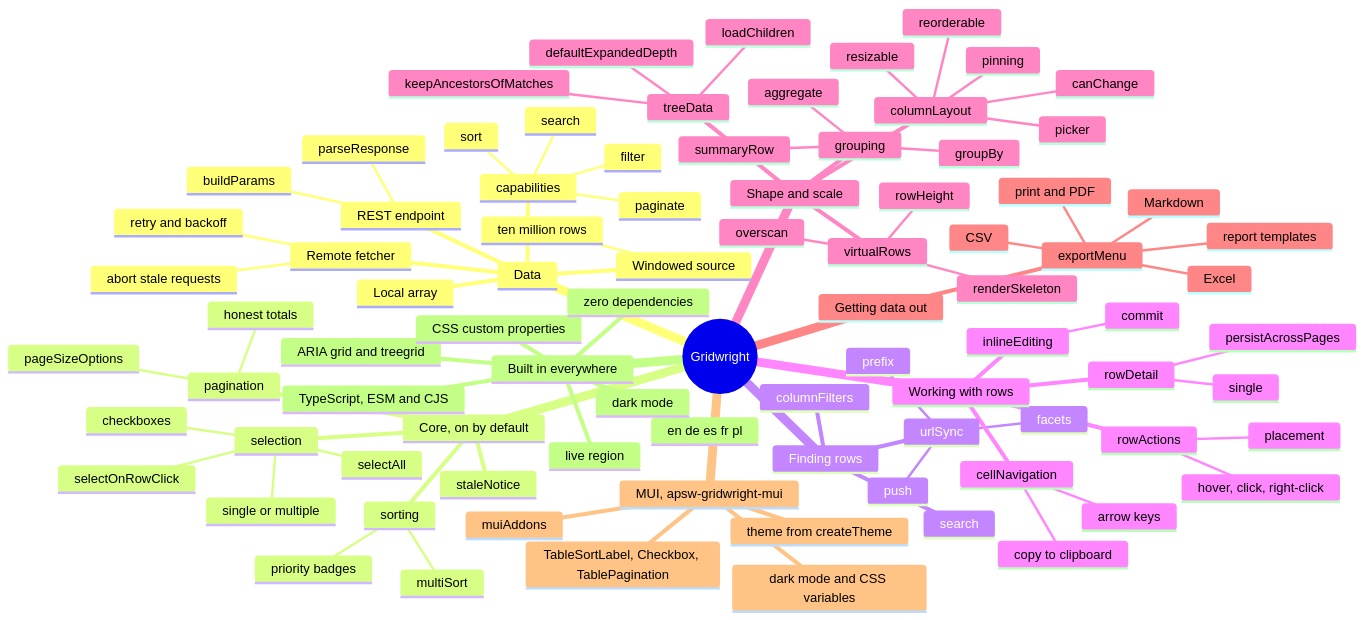
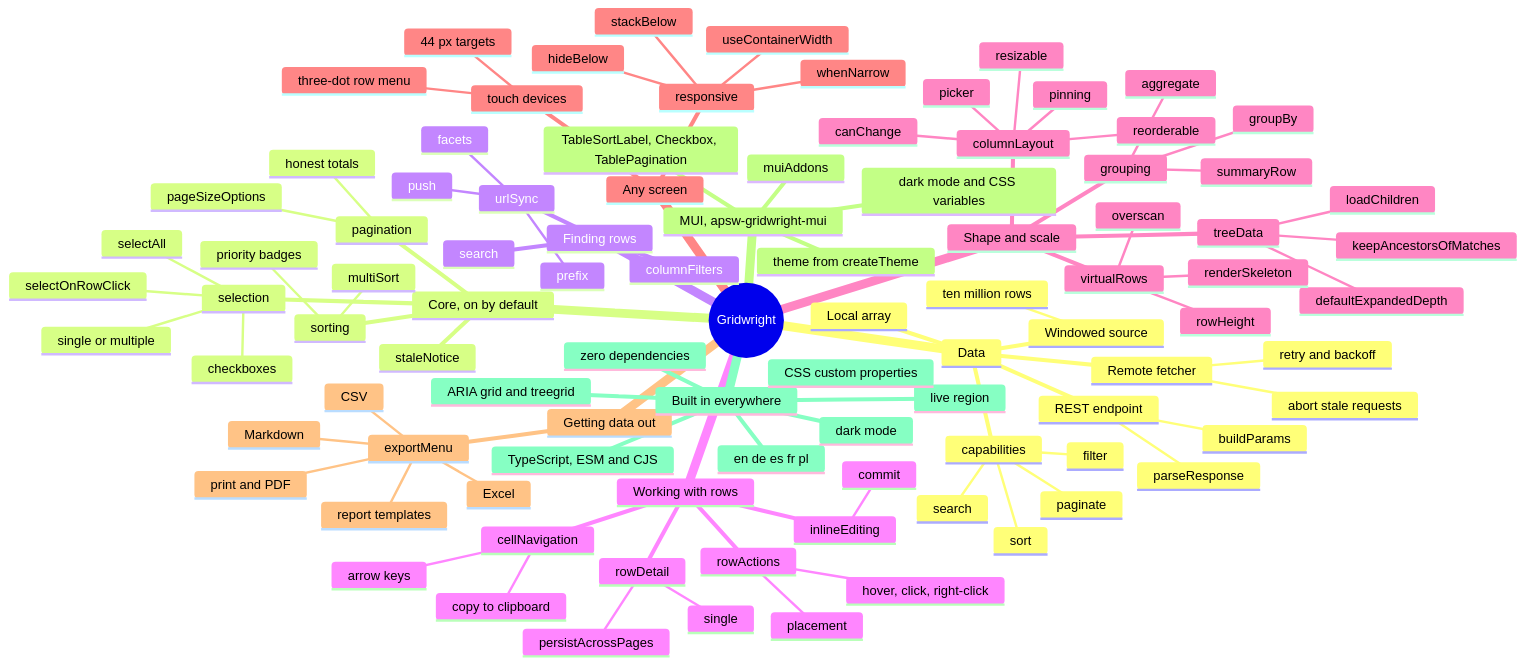
Before and after one commit to yaotzin1/apsw-gridwright: the first of 2 diagrams in README.md, drawn with Mermaid. The commit also changed other lines of this file and 50 other files, not shown here.

```diff
--- a/README.md
+++ b/README.md
@@ -102,6 +102,15 @@
         pinning
         picker
         canChange
+    Any screen
+      responsive
+        hideBelow
+        stackBelow
+        whenNarrow
+        useContainerWidth
+      touch devices
+        three-dot row menu
+        44 px targets
     Getting data out
       exportMenu
         CSV
```
